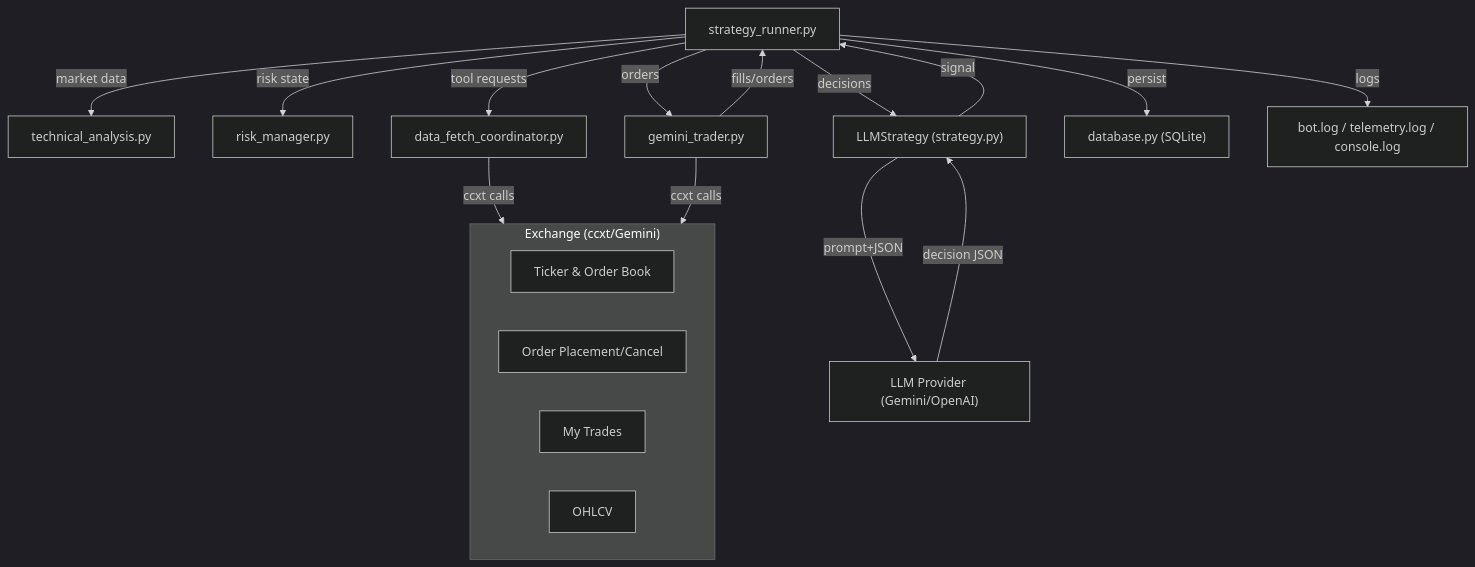
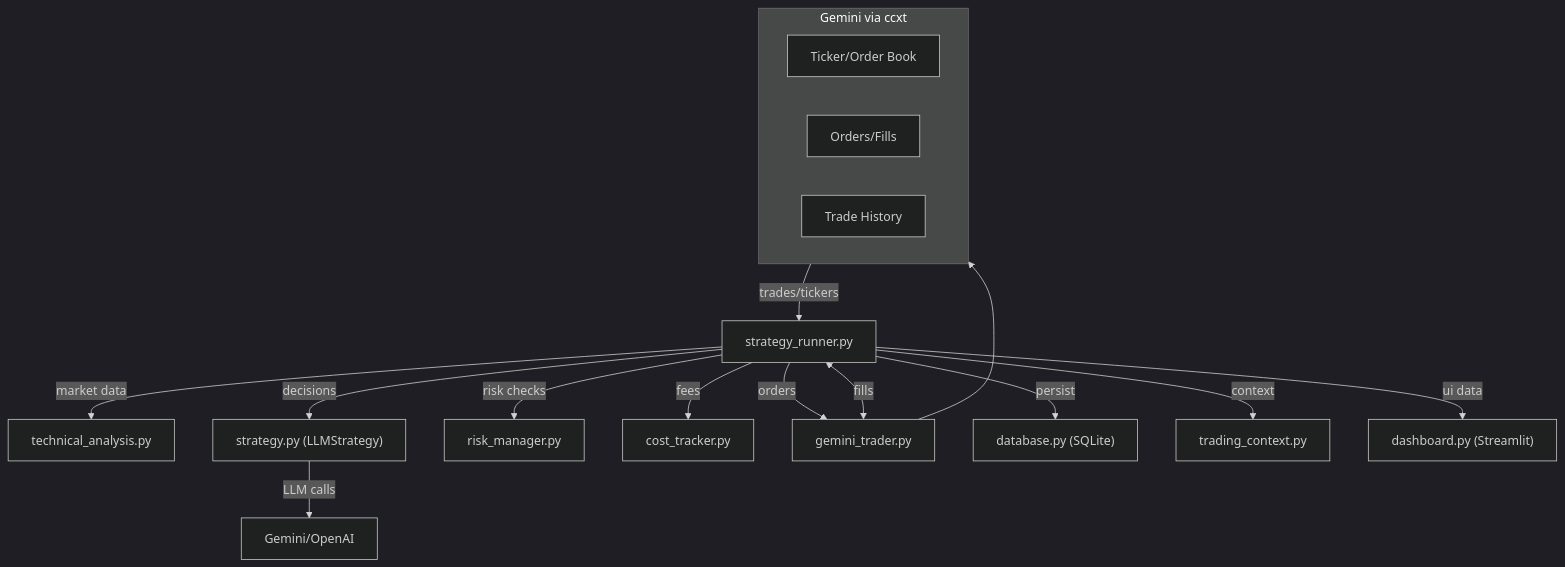
One commit to dmcd/trader-bot changed the first of 2 diagrams in docs/architecture.md. Above: the diagram before and after it, drawn with Mermaid (dark theme). The commit also changed other lines of this file and 12 other files, not shown here.

Commit message:
Simplify docs to single architecture page

````diff
--- a/docs/architecture.md
+++ b/docs/architecture.md
@@ -7,23 +7,21 @@
 ```mermaid
 flowchart TD
-    subgraph Venue["Exchange (ccxt/Gemini)"]
-        Ticker["Ticker & Order Book"]
-        Orders["Order Placement/Cancel"]
-        Trades["My Trades"]
-        OHLCV["OHLCV"]
+    subgraph Exchange["Gemini via ccxt"]
+        Ticker["Ticker/Order Book"]
+        Orders["Orders/Fills"]
+        Trades["Trade History"]
     end
 
     Runner["strategy_runner.py"] -->|market data| TA["technical_analysis.py"]
-    Runner -->|risk state| Risk["risk_manager.py"]
-    Runner -->|tool requests| Tools["data_fetch_coordinator.py"]
-    Runner -->|decisions| Strategy["LLMStrategy (strategy.py)"]
-    Strategy -->|prompt+JSON| LLM["LLM Provider (Gemini/OpenAI)"]
-    LLM -->|decision JSON| Strategy
-    Strategy -->|signal| Runner
+    Runner -->|decisions| Strategy["strategy.py (LLMStrategy)"]
+    Runner -->|risk checks| Risk["risk_manager.py"]
+    Runner -->|fees| Costs["cost_tracker.py"]
     Runner -->|orders| Trader["gemini_trader.py"]
-    Trader -->|fills/orders| Runner
     Runner -->|persist| DB["database.py (SQLite)"]
-    Runner -->|logs| Logs["bot.log / telemetry.log / console.log"]
-    Tools -->|ccxt calls| Venue
-    Trader -->|ccxt calls| Venue
+    Runner -->|context| Context["trading_context.py"]
+    Runner -->|ui data| Dashboard["dashboard.py (Streamlit)"]
+    Strategy -->|LLM calls| LLM["Gemini/OpenAI"]
+    Trader --> Exchange
+    Trader <-->|fills| Runner
+    Exchange -->|trades/tickers| Runner
 ```
````
